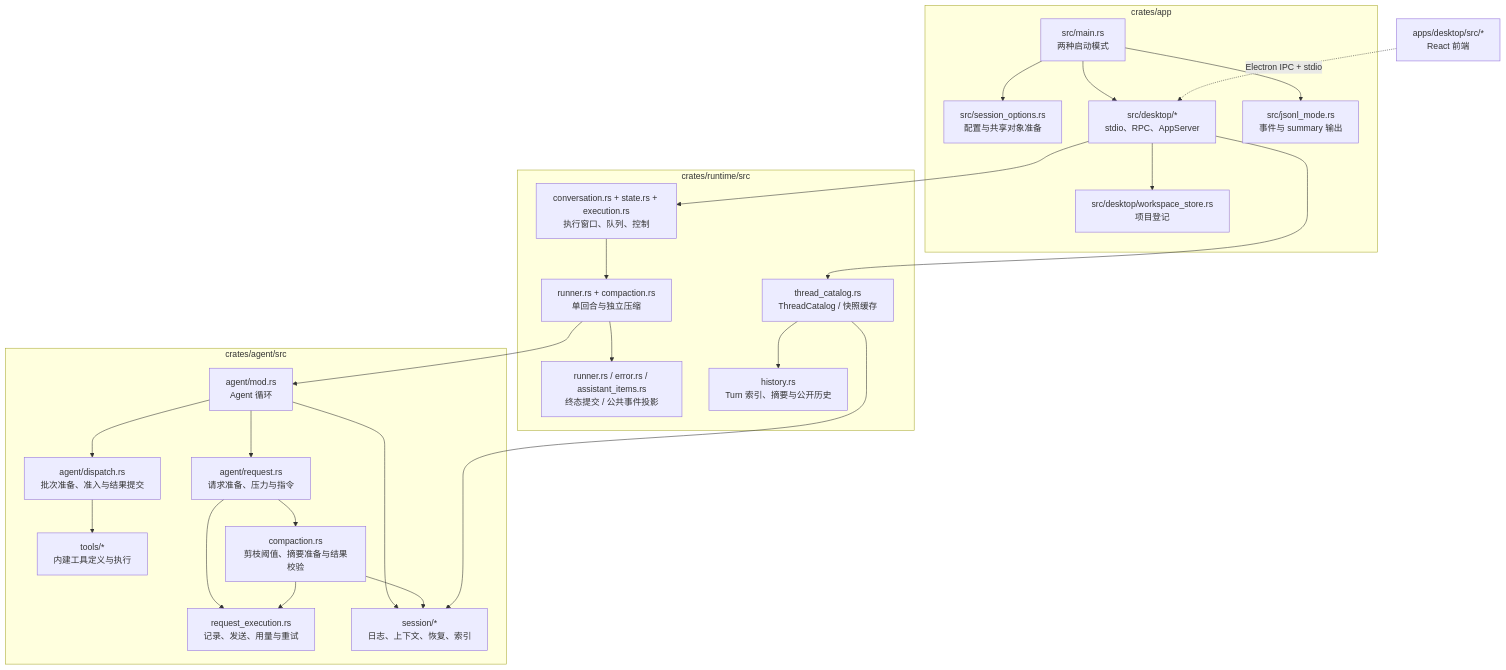
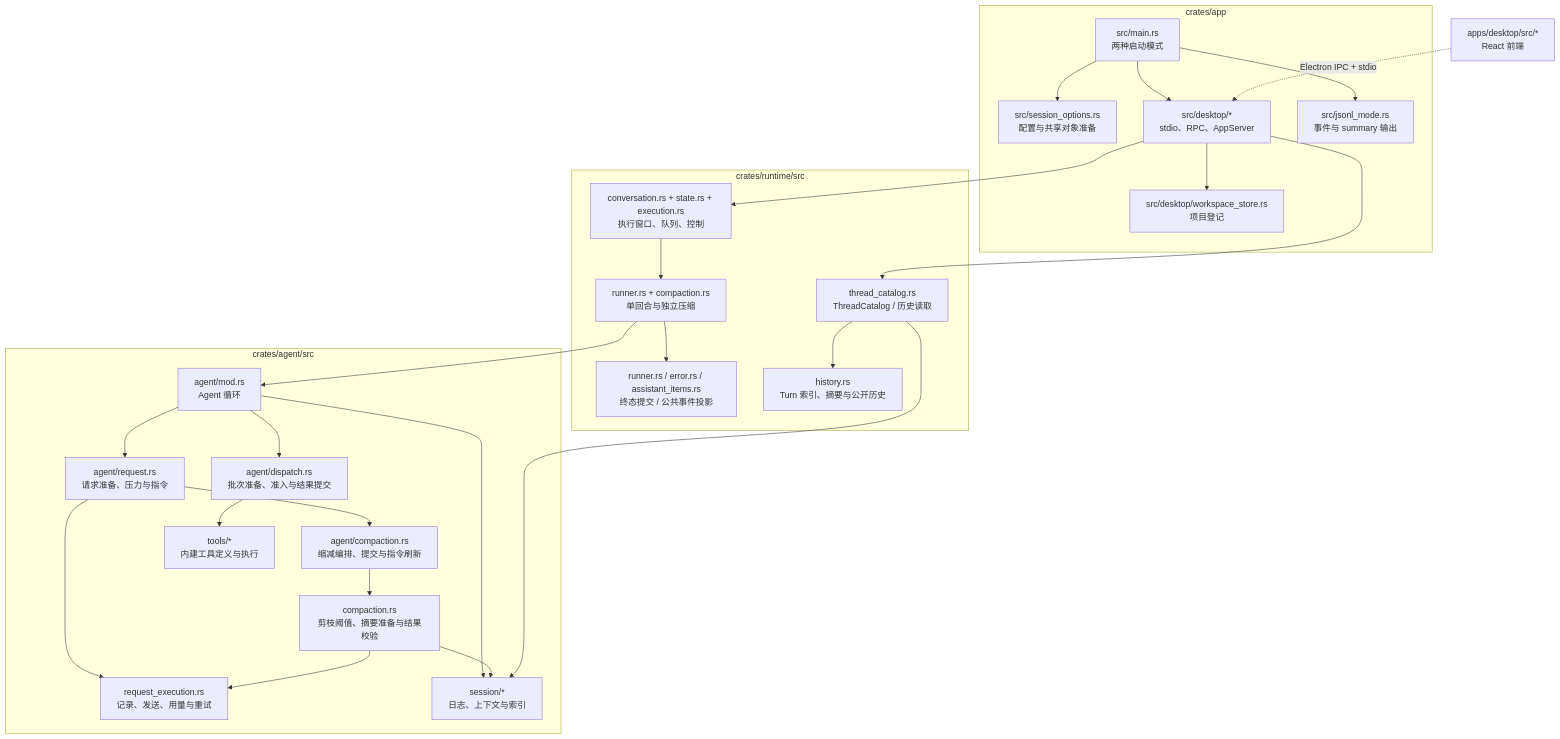
One commit to qjcnmd/singularity-agent changed the third of 29 diagrams in docs/architecture.md. Above: the diagram before and after it, drawn with Mermaid. The commit also changed other lines of this file and 132 other files, not shown here.

````diff
--- a/docs/architecture.md
+++ b/docs/architecture.md
@@ -73,30 +73,31 @@
 ```mermaid
 flowchart TB
     subgraph AppSource["crates/app"]
         Main["src/main.rs<br/>两种启动模式"] --> Setup["src/session_options.rs<br/>配置与共享对象准备"]
         Main --> DesktopHost["src/desktop/*<br/>stdio、RPC、AppServer"]
         Main --> JSONL["src/jsonl_mode.rs<br/>事件与 summary 输出"]
         WS["src/desktop/workspace_store.rs<br/>项目登记"]
     end
     Front["apps/desktop/src/*<br/>React 前端"] -. "Electron IPC + stdio" .-> DesktopHost
     subgraph RuntimeSource["crates/runtime/src"]
         Conv["conversation.rs + state.rs + execution.rs<br/>执行窗口、队列、控制"] --> Run["runner.rs + compaction.rs<br/>单回合与独立压缩"]
         Run --> Terminal["runner.rs / error.rs / assistant_items.rs<br/>终态提交 / 公共事件投影"]
-        Catalog["thread_catalog.rs<br/>ThreadCatalog / 快照缓存"] --> History["history.rs<br/>Turn 索引、摘要与公开历史"]
+        Catalog["thread_catalog.rs<br/>ThreadCatalog / 历史读取"] --> History["history.rs<br/>Turn 索引、摘要与公开历史"]
     end
     subgraph AgentSource["crates/agent/src"]
         Loop["agent/mod.rs<br/>Agent 循环"] --> Requests["agent/request.rs<br/>请求准备、压力与指令"]
+        Requests --> Reduction["agent/compaction.rs<br/>缩减编排、提交与指令刷新"]
         Loop --> Dispatch["agent/dispatch.rs<br/>批次准备、准入与结果提交"]
         Dispatch --> Tool["tools/*<br/>内建工具定义与执行"]
-        Requests --> Compact["compaction.rs<br/>剪枝阈值、摘要准备与结果校验"]
+        Reduction --> Compact["compaction.rs<br/>剪枝阈值、摘要准备与结果校验"]
         Requests --> Execute["request_execution.rs<br/>记录、发送、用量与重试"]
         Compact --> Execute
-        Loop --> Sessions["session/*<br/>日志、上下文、恢复、索引"]
+        Loop --> Sessions["session/*<br/>日志、上下文与索引"]
         Compact --> Sessions
     end
     DesktopHost --> Conv
     DesktopHost --> Catalog
     DesktopHost --> WS
     Run --> Loop
     Catalog --> Sessions
 ```
````
